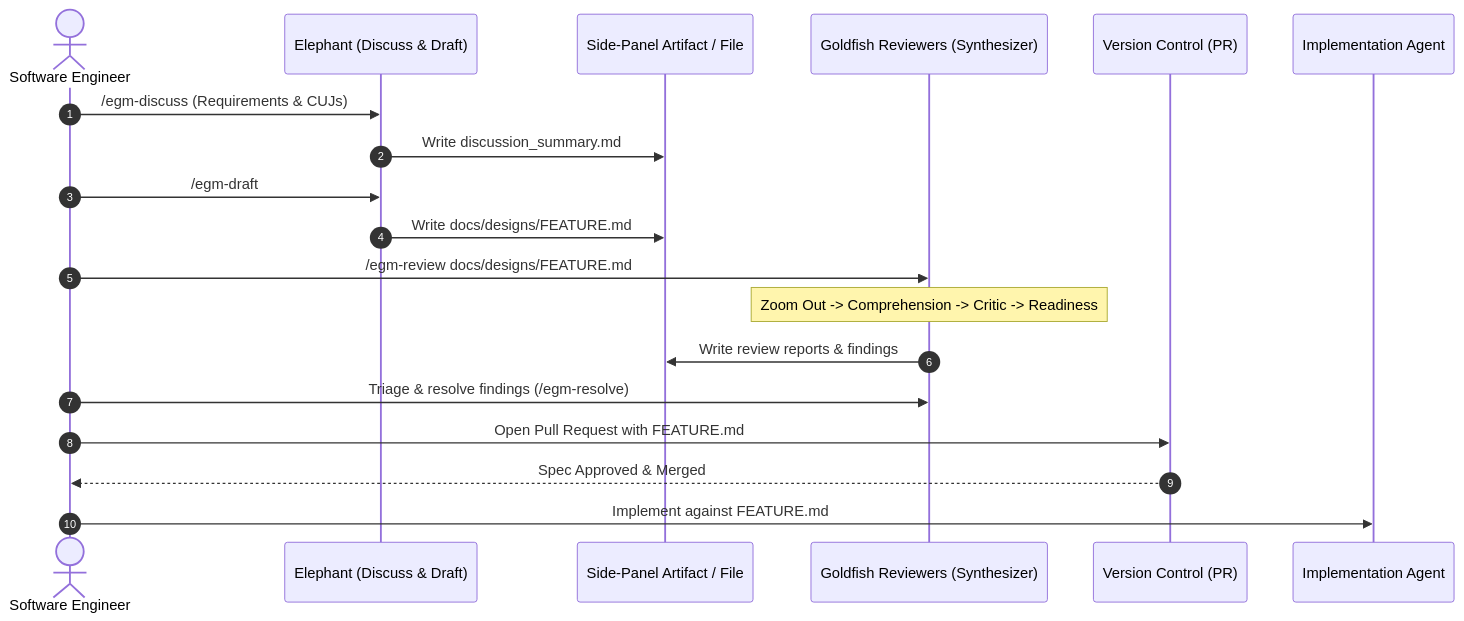
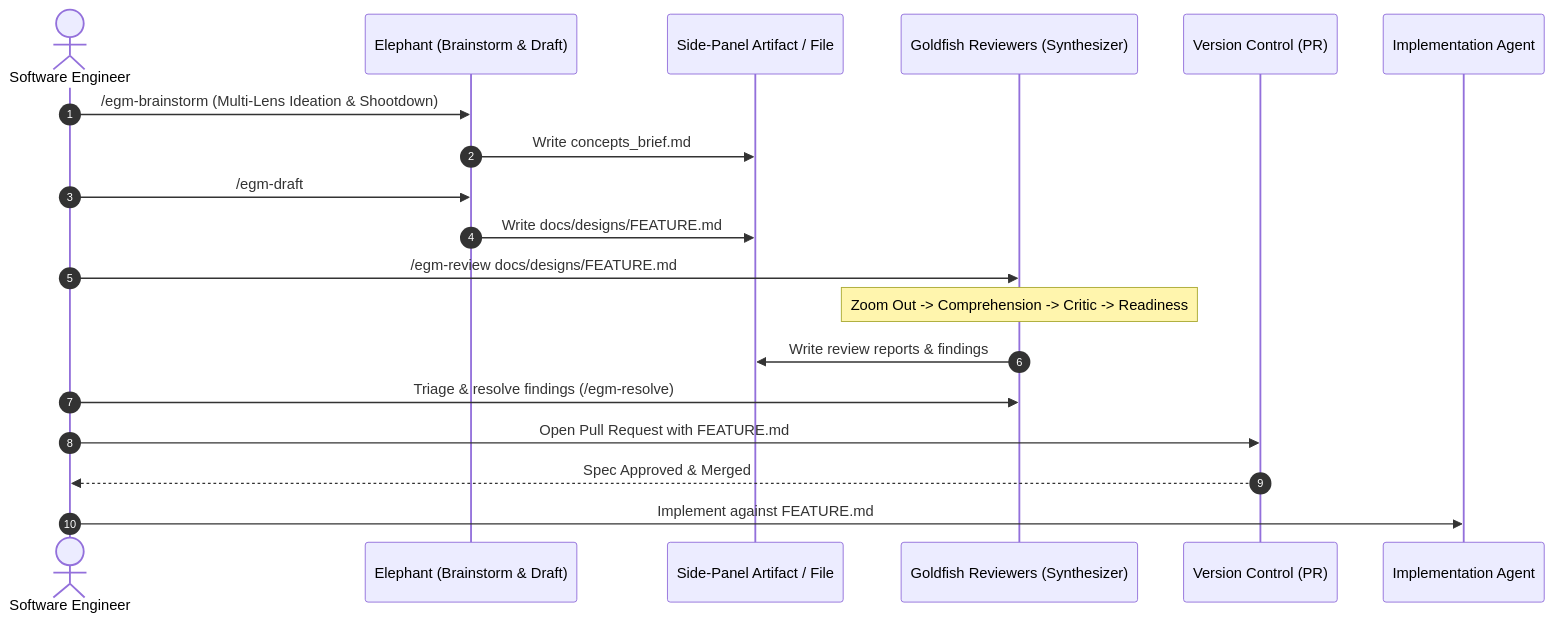
One commit to GreyCatVP/elephant-goldfish-model changed the diagram in docs/designs/architecture.md. Above: the diagram before and after it, drawn with Mermaid. The commit also changed other lines of this file and 11 other files, not shown here.

Commit message:
feat(skills): delete egm-discuss skill and update workflow references

````diff
--- a/docs/designs/architecture.md
+++ b/docs/designs/architecture.md
@@ -118,22 +117,22 @@
 ```mermaid
 sequenceDiagram
     autonumber
     actor Human as Software Engineer
-    participant Elephant as Elephant (Discuss & Draft)
+    participant Elephant as Elephant (Brainstorm & Draft)
     participant Artifact as Side-Panel Artifact / File
     participant Reviewer as Goldfish Reviewers (Synthesizer)
     participant VCS as Version Control (PR)
     participant Coder as Implementation Agent
 
-    Human->>Elephant: /egm-discuss (Requirements & CUJs)
-    Elephant->>Artifact: Write discussion_summary.md
+    Human->>Elephant: /egm-brainstorm (Multi-Lens Ideation & Shootdown)
+    Elephant->>Artifact: Write concepts_brief.md
     Human->>Elephant: /egm-draft
     Elephant->>Artifact: Write docs/designs/FEATURE.md
     Human->>Reviewer: /egm-review docs/designs/FEATURE.md
     Note over Reviewer: Zoom Out -> Comprehension -> Critic -> Readiness
     Reviewer->>Artifact: Write review reports & findings
     Human->>Reviewer: Triage & resolve findings (/egm-resolve)
     Human->>VCS: Open Pull Request with FEATURE.md
     VCS-->>Human: Spec Approved & Merged
     Human->>Coder: Implement against FEATURE.md
 ```
````
